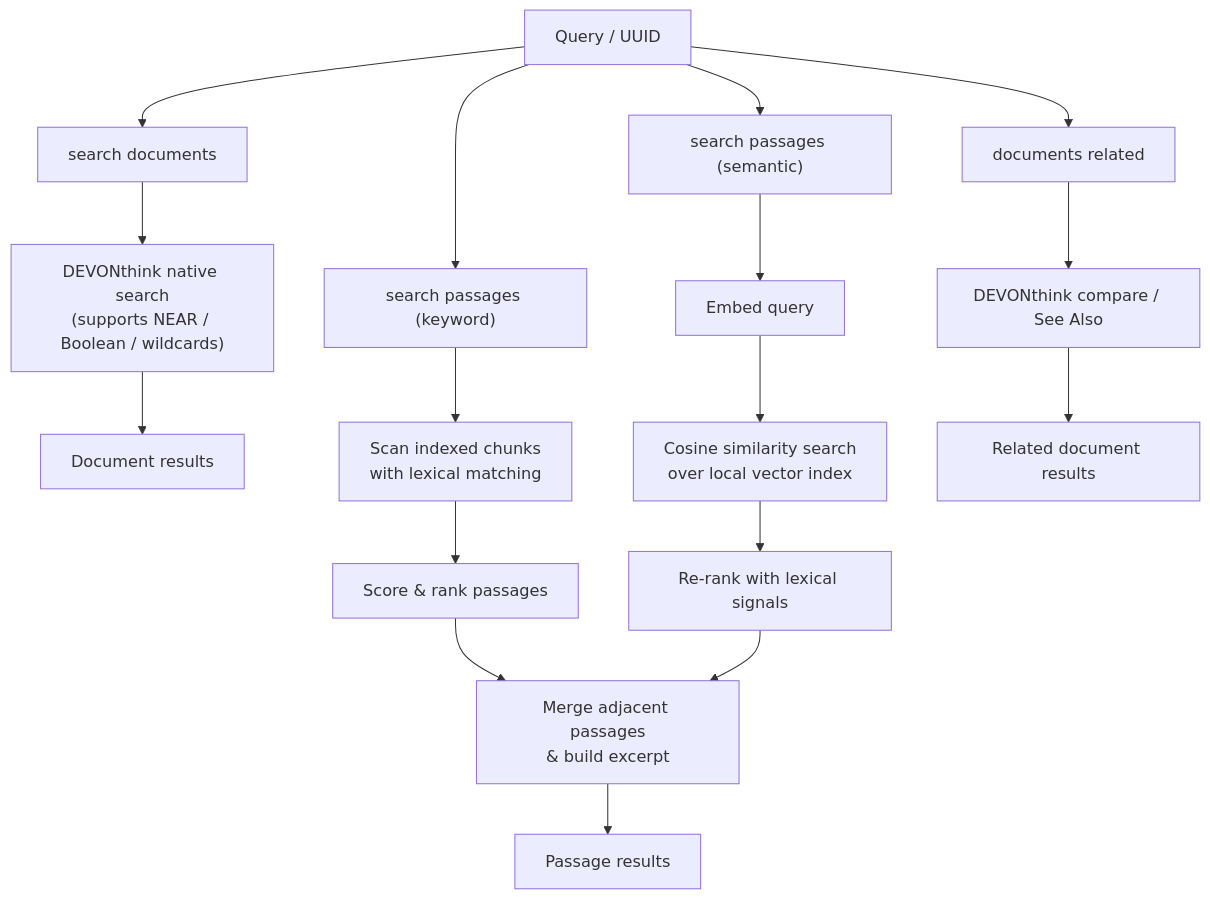
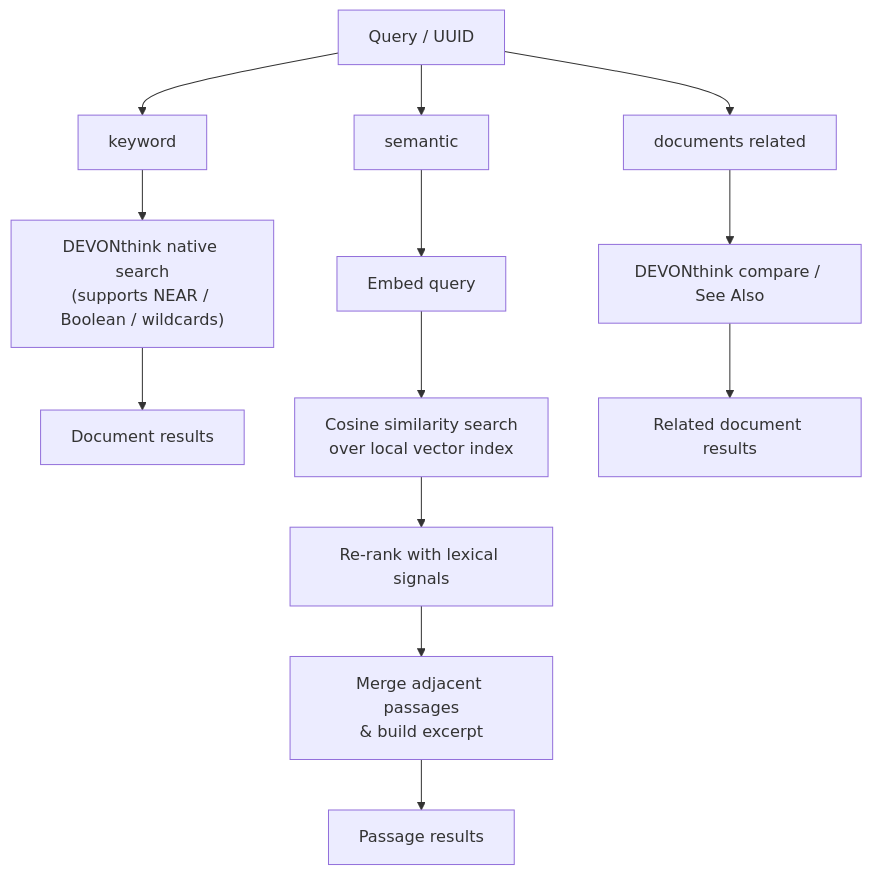
The diagram in README.md (TomBener/dtx), drawn with Mermaid before and after one commit. The commit also changed other lines of this file and 2 other files, not shown here.

First line of the commit message:
Add `keyword` and `semantic` top-level commands

````diff
--- a/README.md
+++ b/README.md
@@ -115,23 +113,18 @@
 ```mermaid
 flowchart TD
-    Q["Query / UUID"] --> D["search documents"]
+    Q["Query / UUID"] --> D["keyword"]
     D --> D1["DEVONthink native search\n(supports NEAR / Boolean / wildcards)"]
     D1 --> D2["Document results"]
 
-    Q --> PK["search passages (keyword)"]
-    PK --> PK2["Scan indexed chunks\nwith lexical matching"]
-    PK2 --> PK5["Score & rank passages"]
-    PK5 --> PP
-
-    Q --> PS["search passages (semantic)"]
+    Q --> PS["semantic"]
     PS --> PS1["Embed query"]
     PS1 --> PS2["Cosine similarity search\nover local vector index"]
     PS2 --> PS3["Re-rank with lexical signals"]
     PS3 --> PP
 
     PP["Merge adjacent passages\n& build excerpt"] --> PR["Passage results"]
 
     Q --> R["documents related"]
     R --> R1["DEVONthink compare / See Also"]
     R1 --> R2["Related document results"]
 ```
````
